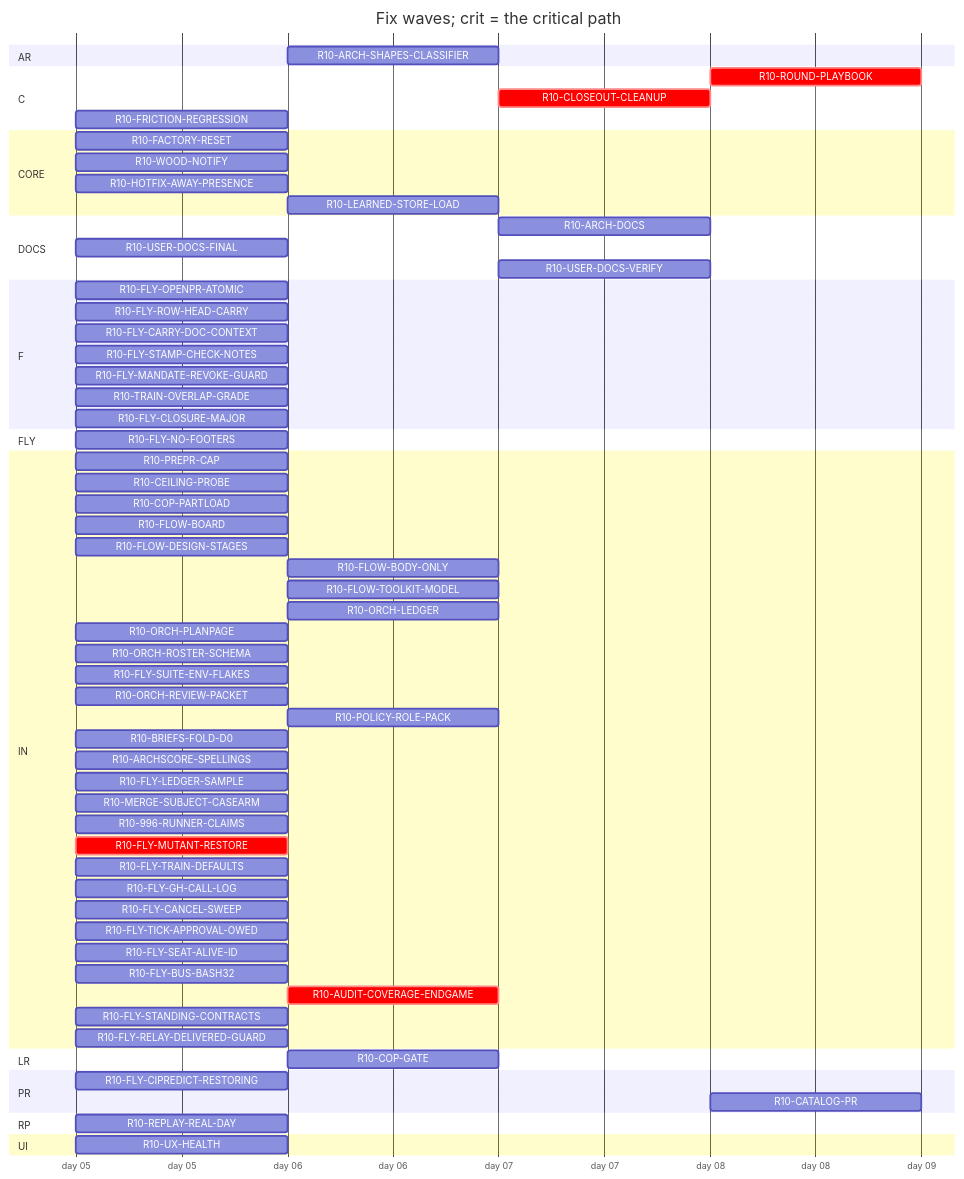
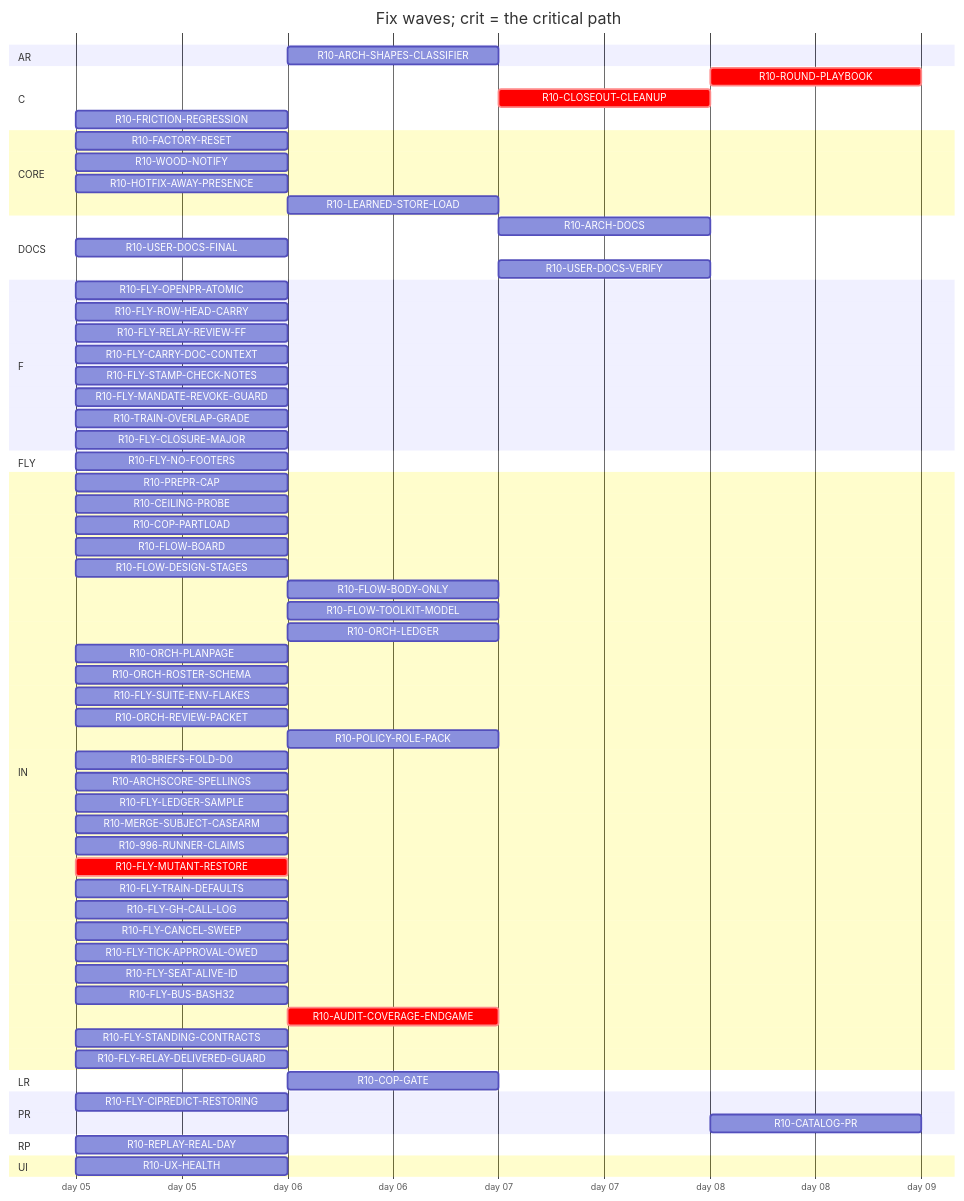
The diagram in handoff/round10/state/PLAN-TABLE.md (tvofi/heatpump_optimizer), drawn with Mermaid before and after one commit. The commit also changed other lines of this file and 4 other files, not shown here.

Commit message:
state: FLOW-BOARD.md, NEXT-SESSION-PROMPT.md, PLAN-TABLE.md, PLAN.html, RESUME-CURRENT.md regenerated (state_docs.py)

````diff
--- a/handoff/round10/state/PLAN-TABLE.md
+++ b/handoff/round10/state/PLAN-TABLE.md
@@ -24,69 +24,70 @@
 ```mermaid
 gantt
   title Fix waves; crit = the critical path
   dateFormat YYYY-MM-DD
   axisFormat day %d
   section AR
     R10-ARCH-SHAPES-CLASSIFIER :r10ARCHSHAPESCLASSIFIER, after r10996RUNNERCLAIMS, 1d
   section C
-    R10-ROUND-PLAYBOOK :crit, r10ROUNDPLAYBOOK, after r10ORCHLEDGER r10ORCHPLANPAGE r10FLOWBODYONLY r10AUDITCOVERAGEENDGAME r10FLOWDESIGNSTAGES r10ORCHROSTERSCHEMA r10FLOWTOOLKITMODEL r10TRAINOVERLAPGRADE r10FLYTRAINDEFAULTS r10FLYCANCELSWEEP r10POLICYROLEPACK r10ORCHREVIEWPACKET r10FLOWBOARD r10CLOSEOUTCLEANUP, 1d
+    R10-ROUND-PLAYBOOK :crit, r10ROUNDPLAYBOOK, after r10ORCHLEDGER r10ORCHPLANPAGE r10FLYRELAYREVIEWFF r10FLOWBODYONLY r10AUDITCOVERAGEENDGAME r10FLOWDESIGNSTAGES r10ORCHROSTERSCHEMA r10FLOWTOOLKITMODEL r10TRAINOVERLAPGRADE r10FLYTRAINDEFAULTS r10FLYCANCELSWEEP r10POLICYROLEPACK r10ORCHREVIEWPACKET r10FLOWBOARD r10CLOSEOUTCLEANUP, 1d
     R10-CLOSEOUT-CLEANUP :crit, r10CLOSEOUTCLEANUP, after r10AUDITCOVERAGEENDGAME, 1d
     R10-FRICTION-REGRESSION :r10FRICTIONREGRESSION, 2026-01-05, 1d
   section CORE
     R10-FACTORY-RESET :r10FACTORYRESET, 2026-01-05, 1d
     R10-WOOD-NOTIFY :r10WOODNOTIFY, 2026-01-05, 1d
     R10-HOTFIX-AWAY-PRESENCE :r10HOTFIXAWAYPRESENCE, 2026-01-05, 1d
     R10-LEARNED-STORE-LOAD :r10LEARNEDSTORELOAD, after r10FACTORYRESET, 1d
   section DOCS
-    R10-ARCH-DOCS :r10ARCHDOCS, after r10COPGATE r10UXHEALTH r10CEILINGPROBE r10COPPARTLOAD r10FLOWBOARD r10FLOWDESIGNSTAGES r10FLOWBODYONLY r10FLYOPENPRATOMIC r10FLYROWHEADCARRY r10FLYCARRYDOCCONTEXT r10FLOWTOOLKITMODEL r10FLYSTAMPCHECKNOTES r10FLYMANDATEREVOKEGUARD r10TRAINOVERLAPGRADE r10FLYSUITEENVFLAKES r10ORCHLEDGER r10ORCHPLANPAGE r10ORCHROSTERSCHEMA r10ORCHREVIEWPACKET r10POLICYROLEPACK r10BRIEFSFOLDD0 r10REPLAYREALDAY r10ARCHSCORESPELLINGS r10FLYLEDGERSAMPLE, 1d
+    R10-ARCH-DOCS :r10ARCHDOCS, after r10COPGATE r10UXHEALTH r10CEILINGPROBE r10COPPARTLOAD r10FLOWBOARD r10FLOWDESIGNSTAGES r10FLOWBODYONLY r10FLYOPENPRATOMIC r10FLYROWHEADCARRY r10FLYRELAYREVIEWFF r10FLYCARRYDOCCONTEXT r10FLOWTOOLKITMODEL r10FLYSTAMPCHECKNOTES r10FLYMANDATEREVOKEGUARD r10TRAINOVERLAPGRADE r10FLYSUITEENVFLAKES r10ORCHLEDGER r10ORCHPLANPAGE r10ORCHROSTERSCHEMA r10ORCHREVIEWPACKET r10POLICYROLEPACK r10BRIEFSFOLDD0 r10REPLAYREALDAY r10ARCHSCORESPELLINGS r10FLYLEDGERSAMPLE, 1d
     R10-USER-DOCS-FINAL :r10USERDOCSFINAL, 2026-01-05, 1d
     R10-USER-DOCS-VERIFY :r10USERDOCSVERIFY, after r10COPGATE r10UXHEALTH r10CEILINGPROBE r10COPPARTLOAD r10FACTORYRESET r10WOODNOTIFY r10USERDOCSFINAL r10ARCHSHAPESCLASSIFIER r10HOTFIXAWAYPRESENCE, 1d
   section F
     R10-FLY-OPENPR-ATOMIC :r10FLYOPENPRATOMIC, 2026-01-05, 1d
     R10-FLY-ROW-HEAD-CARRY :r10FLYROWHEADCARRY, 2026-01-05, 1d
+    R10-FLY-RELAY-REVIEW-FF :r10FLYRELAYREVIEWFF, 2026-01-05, 1d
     R10-FLY-CARRY-DOC-CONTEXT :r10FLYCARRYDOCCONTEXT, 2026-01-05, 1d
     R10-FLY-STAMP-CHECK-NOTES :r10FLYSTAMPCHECKNOTES, 2026-01-05, 1d
     R10-FLY-MANDATE-REVOKE-GUARD :r10FLYMANDATEREVOKEGUARD, 2026-01-05, 1d
     R10-TRAIN-OVERLAP-GRADE :r10TRAINOVERLAPGRADE, 2026-01-05, 1d
     R10-FLY-CLOSURE-MAJOR :r10FLYCLOSUREMAJOR, 2026-01-05, 1d
   section FLY
     R10-FLY-NO-FOOTERS :r10FLYNOFOOTERS, 2026-01-05, 1d
   section IN
     R10-PREPR-CAP :r10PREPRCAP, 2026-01-05, 1d
     R10-CEILING-PROBE :r10CEILINGPROBE, 2026-01-05, 1d
     R10-COP-PARTLOAD :r10COPPARTLOAD, 2026-01-05, 1d
     R10-FLOW-BOARD :r10FLOWBOARD, 2026-01-05, 1d
     R10-FLOW-DESIGN-STAGES :r10FLOWDESIGNSTAGES, 2026-01-05, 1d
     R10-FLOW-BODY-ONLY :r10FLOWBODYONLY, after r10FLYOPENPRATOMIC, 1d
     R10-FLOW-TOOLKIT-MODEL :r10FLOWTOOLKITMODEL, after r10ORCHPLANPAGE r10FLYCANCELSWEEP, 1d
     R10-ORCH-LEDGER :r10ORCHLEDGER, after r10FLYCANCELSWEEP, 1d
     R10-ORCH-PLANPAGE :r10ORCHPLANPAGE, 2026-01-05, 1d
     R10-ORCH-ROSTER-SCHEMA :r10ORCHROSTERSCHEMA, 2026-01-05, 1d
     R10-FLY-SUITE-ENV-FLAKES :r10FLYSUITEENVFLAKES, 2026-01-05, 1d
     R10-ORCH-REVIEW-PACKET :r10ORCHREVIEWPACKET, 2026-01-05, 1d
     R10-POLICY-ROLE-PACK :r10POLICYROLEPACK, after r10FLOWDESIGNSTAGES, 1d
     R10-BRIEFS-FOLD-D0 :r10BRIEFSFOLDD0, 2026-01-05, 1d
     R10-ARCHSCORE-SPELLINGS :r10ARCHSCORESPELLINGS, 2026-01-05, 1d
     R10-FLY-LEDGER-SAMPLE :r10FLYLEDGERSAMPLE, 2026-01-05, 1d
     R10-MERGE-SUBJECT-CASEARM :r10MERGESUBJECTCASEARM, 2026-01-05, 1d
     R10-996-RUNNER-CLAIMS :r10996RUNNERCLAIMS, 2026-01-05, 1d
     R10-FLY-MUTANT-RESTORE :crit, r10FLYMUTANTRESTORE, 2026-01-05, 1d
     R10-FLY-TRAIN-DEFAULTS :r10FLYTRAINDEFAULTS, 2026-01-05, 1d
     R10-FLY-GH-CALL-LOG :r10FLYGHCALLLOG, 2026-01-05, 1d
     R10-FLY-CANCEL-SWEEP :r10FLYCANCELSWEEP, 2026-01-05, 1d
     R10-FLY-TICK-APPROVAL-OWED :r10FLYTICKAPPROVALOWED, 2026-01-05, 1d
     R10-FLY-SEAT-ALIVE-ID :r10FLYSEATALIVEID, 2026-01-05, 1d
     R10-FLY-BUS-BASH32 :r10FLYBUSBASH32, 2026-01-05, 1d
     R10-AUDIT-COVERAGE-ENDGAME :crit, r10AUDITCOVERAGEENDGAME, after r10FLYMUTANTRESTORE r10996RUNNERCLAIMS, 1d
     R10-FLY-STANDING-CONTRACTS :r10FLYSTANDINGCONTRACTS, 2026-01-05, 1d
     R10-FLY-RELAY-DELIVERED-GUARD :r10FLYRELAYDELIVEREDGUARD, 2026-01-05, 1d
   section LR
     R10-COP-GATE :r10COPGATE, after r10CEILINGPROBE, 1d
   section PR
     R10-FLY-CIPREDICT-RESTORING :r10FLYCIPREDICTRESTORING, 2026-01-05, 1d
     R10-CATALOG-PR :r10CATALOGPR, after r10USERDOCSVERIFY r10AUDITCOVERAGEENDGAME, 1d
   section RP
     R10-REPLAY-REAL-DAY :r10REPLAYREALDAY, 2026-01-05, 1d
   section UI
     R10-UX-HEALTH :r10UXHEALTH, 2026-01-05, 1d
 ```
````
